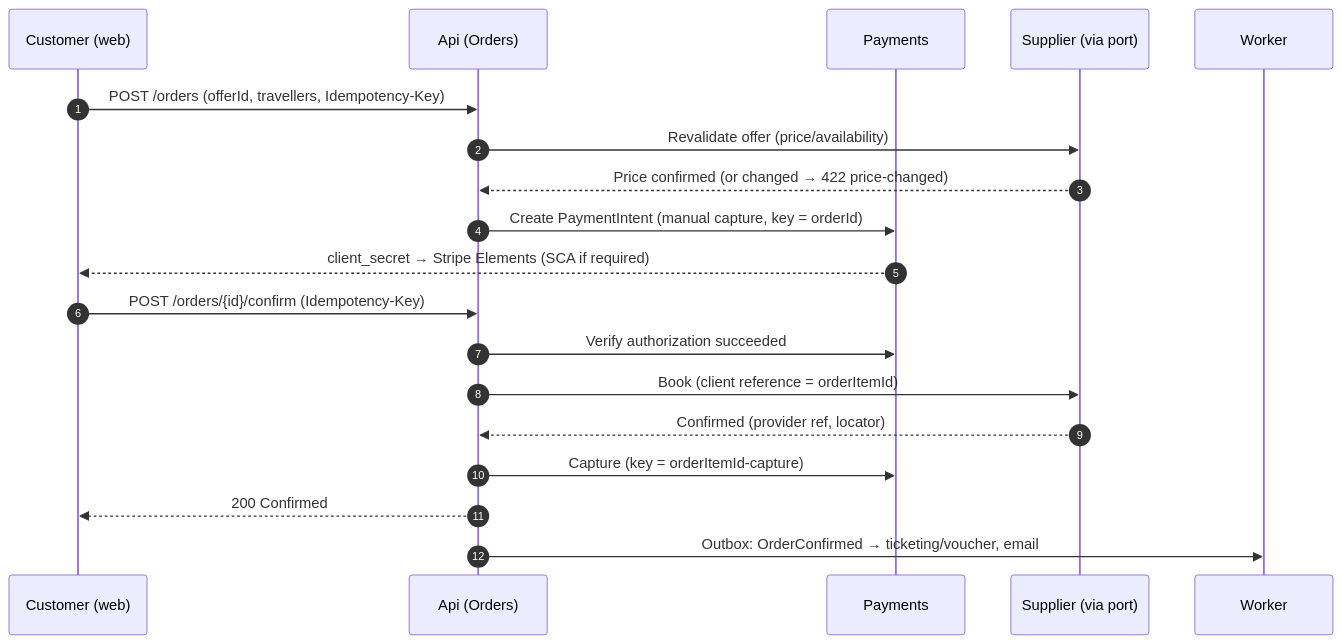
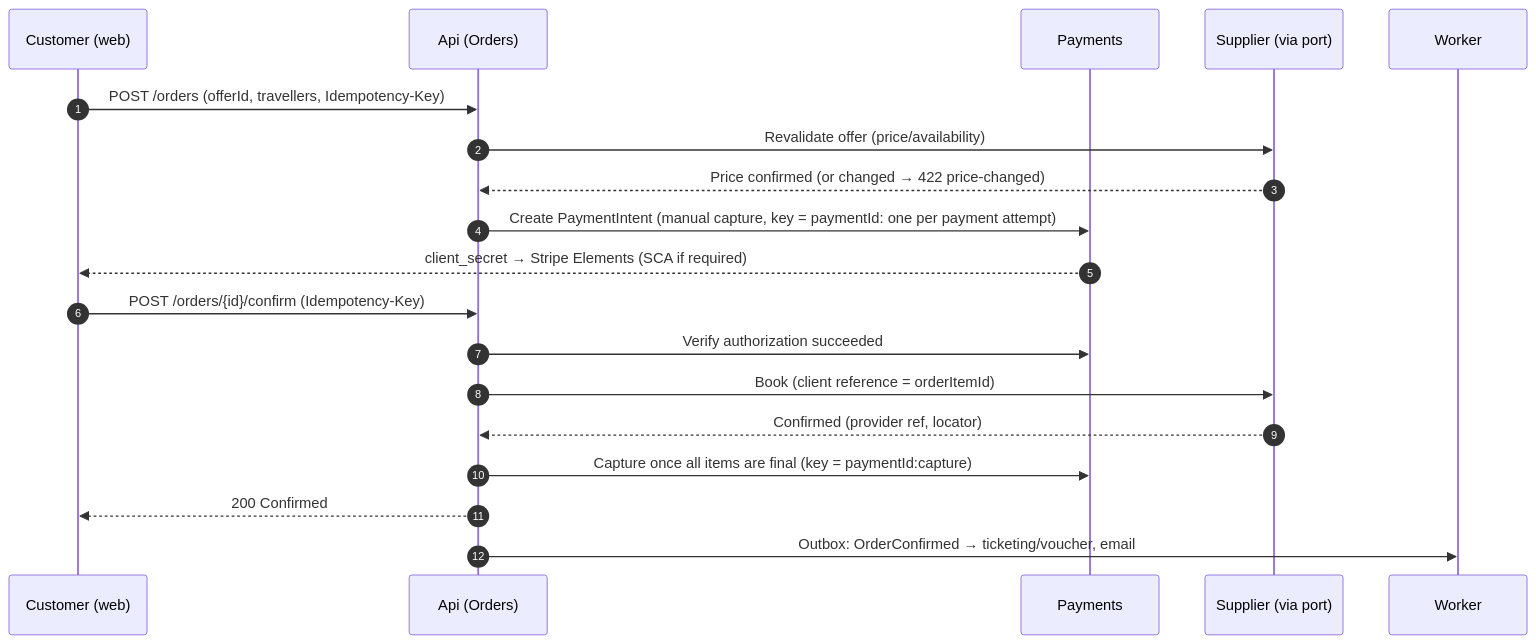
Before and after one commit to GitzzGitesh/travel-booking-platform: the first of 2 diagrams in docs/architecture/booking-lifecycle.md, drawn with Mermaid. The commit also changed 25 other files, not shown here.

````diff
--- a/docs/architecture/booking-lifecycle.md
+++ b/docs/architecture/booking-lifecycle.md
@@ -7,21 +7,21 @@
 ```mermaid
 sequenceDiagram
   autonumber
   participant C as Customer (web)
   participant API as Api (Orders)
   participant P as Payments
   participant S as Supplier (via port)
   participant W as Worker
   C->>API: POST /orders (offerId, travellers, Idempotency-Key)
   API->>S: Revalidate offer (price/availability)
   S-->>API: Price confirmed (or changed → 422 price-changed)
-  API->>P: Create PaymentIntent (manual capture, key = orderId)
+  API->>P: Create PaymentIntent (manual capture, key = paymentId: one per payment attempt)
   P-->>C: client_secret → Stripe Elements (SCA if required)
   C->>API: POST /orders/{id}/confirm (Idempotency-Key)
   API->>P: Verify authorization succeeded
   API->>S: Book (client reference = orderItemId)
   S-->>API: Confirmed (provider ref, locator)
-  API->>P: Capture (key = orderItemId-capture)
+  API->>P: Capture once all items are final (key = paymentId:capture)
   API-->>C: 200 Confirmed
   API->>W: Outbox: OrderConfirmed → ticketing/voucher, email
 ```
````
